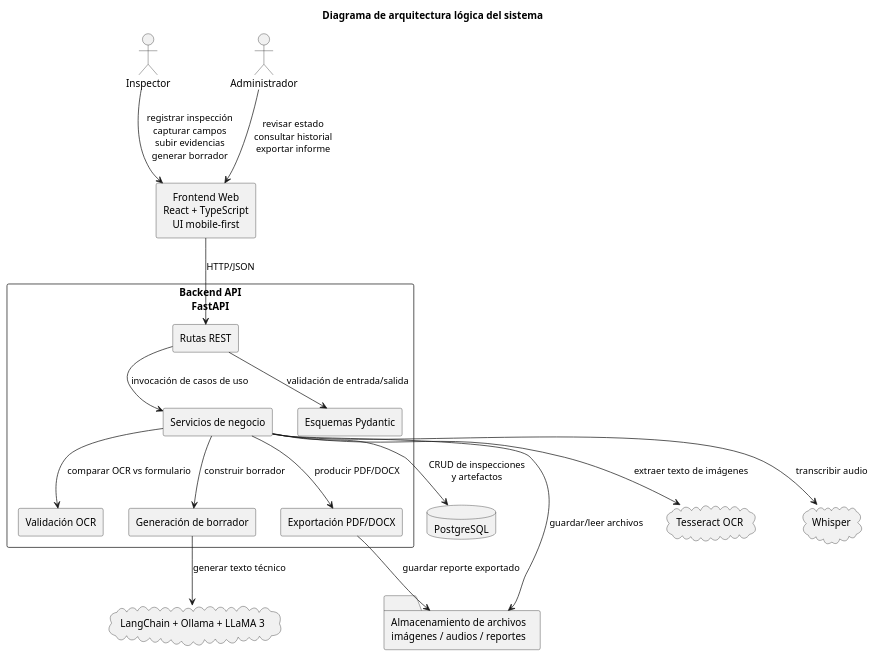
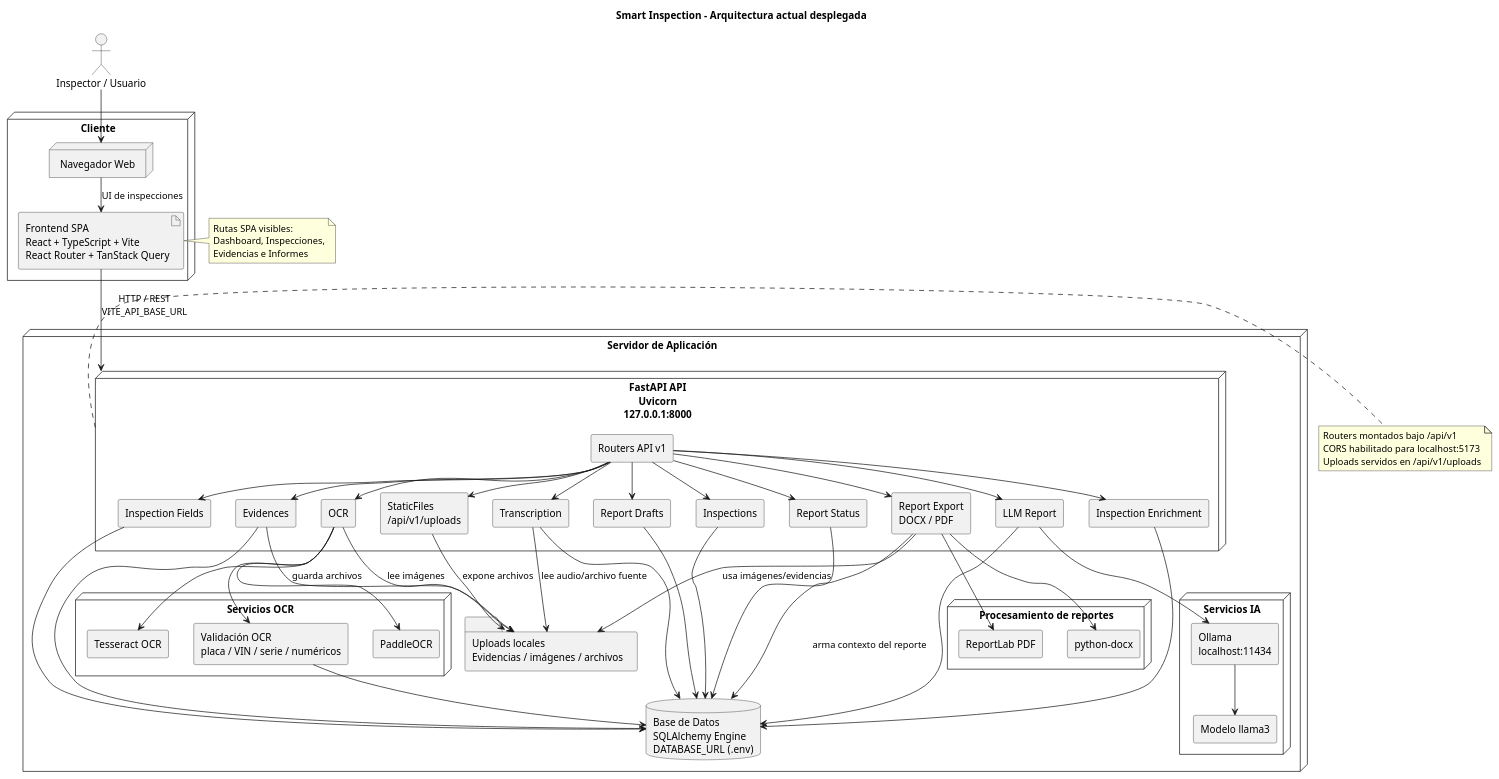
One commit to smart-inspection/backend changed the diagram in docs/architecture.puml. Above: the diagram before and after it, drawn with PlantUML. The commit also changed 11 other files, not shown here.

```diff
--- a/docs/architecture.puml
+++ b/docs/architecture.puml
@@ -1,47 +1,109 @@
 @startuml
-title Diagrama de arquitectura lógica del sistema
+title Smart Inspection - Arquitectura actual desplegada
 
+skinparam shadowing false
 skinparam componentStyle rectangle
-skinparam shadowing false
-skinparam packageStyle rectangle
-skinparam defaultTextAlignment center
+skinparam defaultFontName Arial
+skinparam nodesep 35
+skinparam ranksep 30
 
-actor Inspector
-actor Administrador
+actor "Inspector / Usuario" as user
 
-rectangle "Frontend Web\nReact + TypeScript\nUI mobile-first" as Frontend
-
-package "Backend API\nFastAPI" {
-  [Rutas REST] as Routes
-  [Servicios de negocio] as Services
-  [Esquemas Pydantic] as Schemas
-  [Validación OCR] as ValidationService
-  [Generación de borrador] as DraftService
-  [Exportación PDF/DOCX] as ExportService
+node "Cliente" {
+  node "Navegador Web" as browser
+  artifact "Frontend SPA\nReact + TypeScript + Vite\nReact Router + TanStack Query" as frontend
 }
 
-database "PostgreSQL" as DB
-folder "Almacenamiento de archivos\nimágenes / audios / reportes" as Storage
+node "Servidor de Aplicación" {
+  node "FastAPI API\nUvicorn\n127.0.0.1:8000" as api {
+    component "Routers API v1" as routers
+    component "Inspections" as inspections
+    component "Inspection Fields" as fields
+    component "Evidences" as evidences
+    component "OCR" as ocr
+    component "Transcription" as transcription
+    component "Report Drafts" as drafts
+    component "LLM Report" as llmreport
+    component "Report Export\nDOCX / PDF" as export
+    component "Report Status" as reportstatus
+    component "Inspection Enrichment" as enrichment
+    component "StaticFiles\n/api/v1/uploads" as staticfiles
+  }
 
-cloud "Tesseract OCR" as OCR
-cloud "Whisper" as Whisper
-cloud "LangChain + Ollama + LLaMA 3" as LLM
+  folder "Uploads locales\nEvidencias / imágenes / archivos" as uploads
 
-Inspector --> Frontend : registrar inspección\ncapturar campos\nsubir evidencias\ngenerar borrador
-Administrador --> Frontend : revisar estado\nconsultar historial\nexportar informe
+  database "Base de Datos\nSQLAlchemy Engine\nDATABASE_URL (.env)" as db
 
-Frontend --> Routes : HTTP/JSON
-Routes --> Schemas : validación de entrada/salida
-Routes --> Services : invocación de casos de uso
+  node "Servicios OCR" as ocrstack {
+    component "PaddleOCR" as paddle
+    component "Tesseract OCR" as tesseract
+    component "Validación OCR\nplaca / VIN / serie / numéricos" as validation
+  }
 
-Services --> DB : CRUD de inspecciones\ny artefactos
-Services --> Storage : guardar/leer archivos
-Services --> OCR : extraer texto de imágenes
-Services --> Whisper : transcribir audio
-Services --> ValidationService : comparar OCR vs formulario
-Services --> DraftService : construir borrador
-DraftService --> LLM : generar texto técnico
-Services --> ExportService : producir PDF/DOCX
-ExportService --> Storage : guardar reporte exportado
+  node "Servicios IA" as aistack {
+    component "Ollama\nlocalhost:11434" as ollama
+    component "Modelo llama3" as llama3
+  }
+
+  node "Procesamiento de reportes" as reportstack {
+    component "python-docx" as docx
+    component "ReportLab PDF" as pdf
+  }
+}
+
+user --> browser
+browser --> frontend : UI de inspecciones
+frontend --> api : HTTP / REST\nVITE_API_BASE_URL
+
+routers --> inspections
+routers --> fields
+routers --> evidences
+routers --> ocr
+routers --> transcription
+routers --> drafts
+routers --> llmreport
+routers --> export
+routers --> reportstatus
+routers --> enrichment
+routers --> staticfiles
+
+inspections --> db
+fields --> db
+evidences --> db
+transcription --> db
+drafts --> db
+reportstatus --> db
+enrichment --> db
+
+evidences --> uploads : guarda archivos
+staticfiles --> uploads : expone archivos
+ocr --> uploads : lee imágenes
+transcription --> uploads : lee audio/archivo fuente
+export --> uploads : usa imágenes/evidencias
+export --> db : arma contexto del reporte
+
+ocr --> paddle
+ocr --> tesseract
+ocr --> validation
+validation --> db
+
+llmreport --> ollama
+ollama --> llama3
+llmreport --> db
+
+export --> docx
+export --> pdf
+
+note right of frontend
+Rutas SPA visibles:
+Dashboard, Inspecciones,
+Evidencias e Informes
+end note
+
+note right of api
+Routers montados bajo /api/v1
+CORS habilitado para localhost:5173
+Uploads servidos en /api/v1/uploads
+end note
 
 @enduml
```
